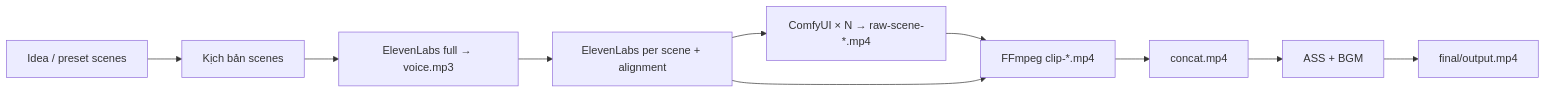
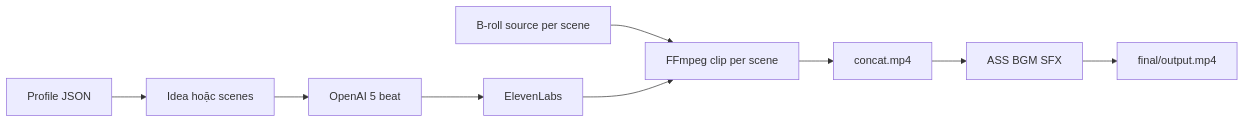
One commit to hangndat/video-maker changed the diagram in README.md. Above: the diagram before and after it, drawn with Mermaid. The commit also changed other lines of this file and 91 other files, not shown here.

````diff
--- a/README.md
+++ b/README.md
@@ -21,22 +15,20 @@
 ```mermaid
 flowchart LR
-  idea[Idea / preset scenes]
-  script[Kịch bản scenes]
-  ttsFull[ElevenLabs full → voice.mp3]
-  ttsSc[ElevenLabs per scene + alignment]
-  comfy[ComfyUI × N → raw-scene-*.mp4]
-  clips[FFmpeg clip-*.mp4]
+  preset[Profile JSON]
+  idea[Idea hoặc scenes]
+  script[OpenAI 5 beat]
+  tts[ElevenLabs]
+  broll[B-roll source per scene]
+  clip[FFmpeg clip per scene]
   concat[concat.mp4]
-  ass[ASS + BGM]
+  polish[ASS BGM SFX]
   out[final/output.mp4]
-
+  preset --> idea
   idea --> script
-  script --> ttsFull
-  ttsFull --> ttsSc
-  ttsSc --> comfy
-  comfy --> clips
-  ttsSc --> clips
-  clips --> concat
-  concat --> ass
-  ass --> out
+  script --> tts
+  broll --> clip
+  tts --> clip
+  clip --> concat
+  concat --> polish
+  polish --> out
 ```
````
